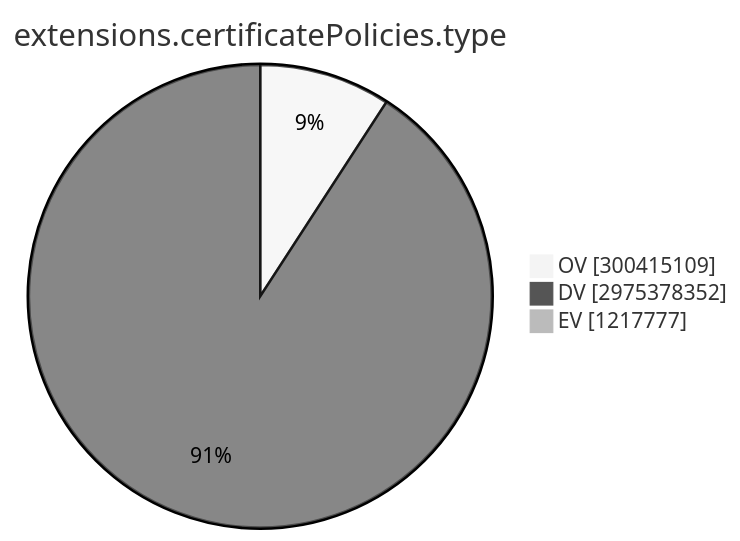
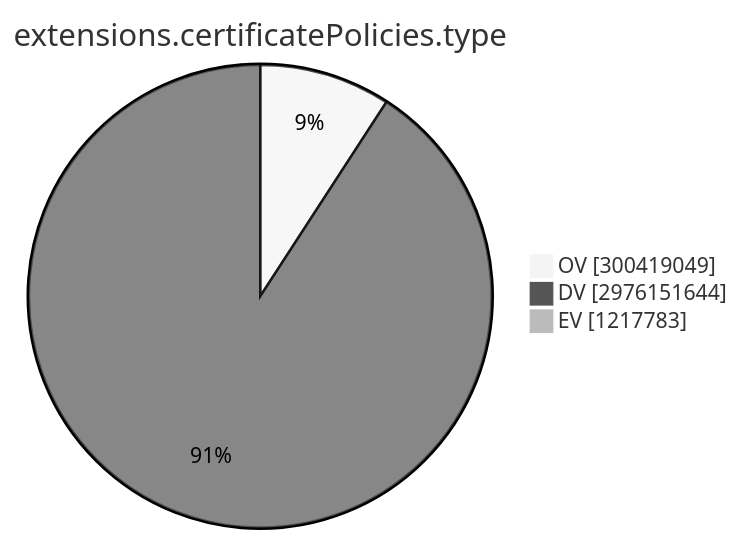
Before and after one commit to christiankrug/ctmonitor_visualization: the ninth of 15 diagrams in TOTAL/README.md, drawn with Mermaid (neutral theme). The commit also changed other lines of this file, not shown here.

````diff
--- a/TOTAL/README.md
+++ b/TOTAL/README.md
@@ -3101,7 +3101,7 @@
 ```mermaid
 pie showData
 title extensions.certificatePolicies.type
-"OV" :300415109
-"DV" :2975378352
-"EV" :1217777
+"OV" :300419049
+"DV" :2976151644
+"EV" :1217783
 ```
````
